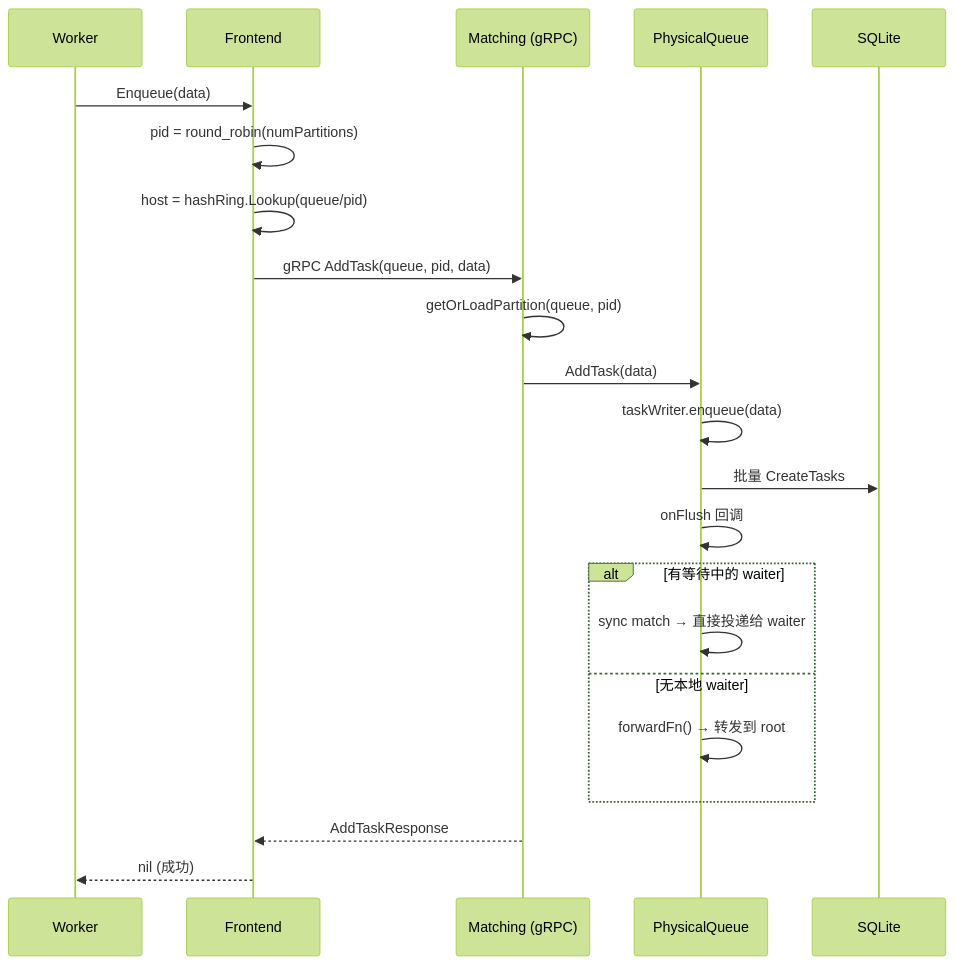
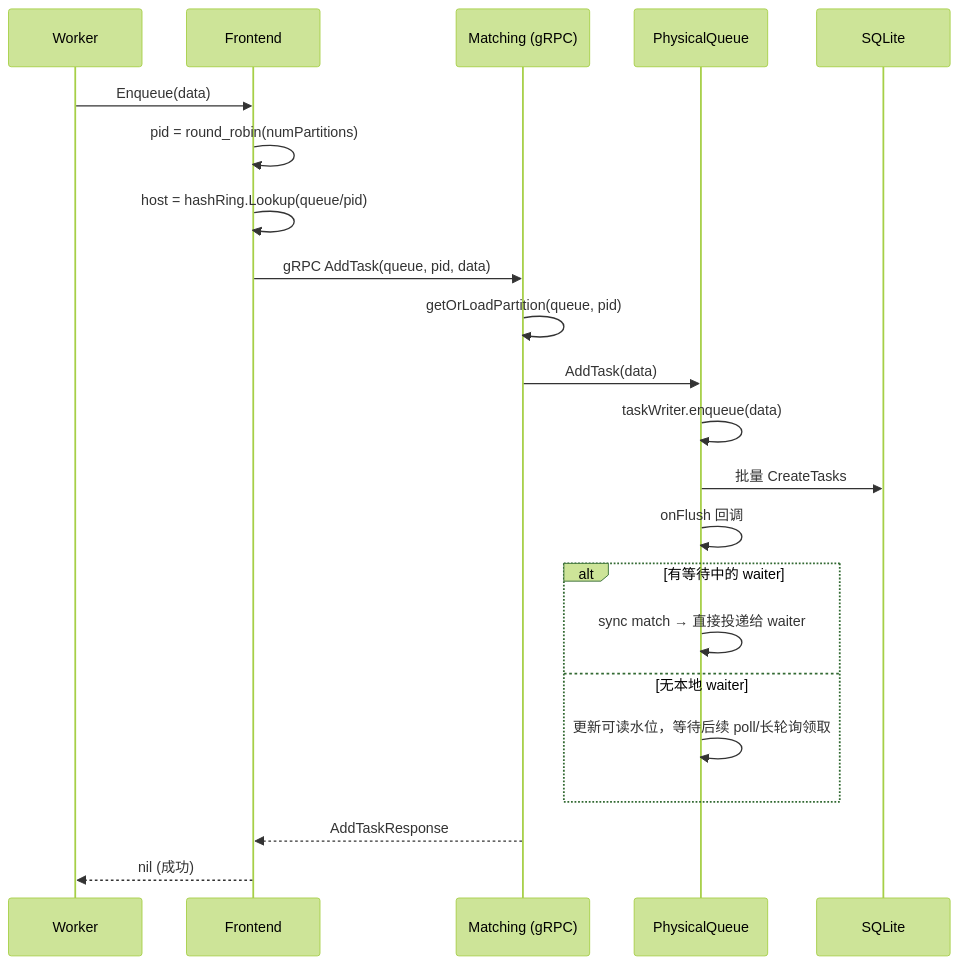
One commit to donutnomad/taskq changed the fifth of 9 diagrams in README.md. Above: the diagram before and after it, drawn with Mermaid (forest theme). The commit also changed other lines of this file and 4 other files, not shown here.

````diff
--- a/README.md
+++ b/README.md
@@ -219,27 +201,27 @@
 ```mermaid
 sequenceDiagram
     participant W as Worker
     participant F as Frontend
     participant M as Matching (gRPC)
     participant PQ as PhysicalQueue
     participant DB as SQLite
 
     W->>F: Enqueue(data)
     F->>F: pid = round_robin(numPartitions)
     F->>F: host = hashRing.Lookup(queue/pid)
     F->>M: gRPC AddTask(queue, pid, data)
     M->>M: getOrLoadPartition(queue, pid)
     M->>PQ: AddTask(data)
     PQ->>PQ: taskWriter.enqueue(data)
     PQ->>DB: 批量 CreateTasks
     PQ->>PQ: onFlush 回调
 
     alt 有等待中的 waiter
         PQ->>PQ: sync match → 直接投递给 waiter
     else 无本地 waiter
-        PQ->>PQ: forwardFn() → 转发到 root
+        PQ->>PQ: 更新可读水位，等待后续 poll/长轮询领取
     end
 
     M-->>F: AddTaskResponse
     F-->>W: nil (成功)
 ```
````
